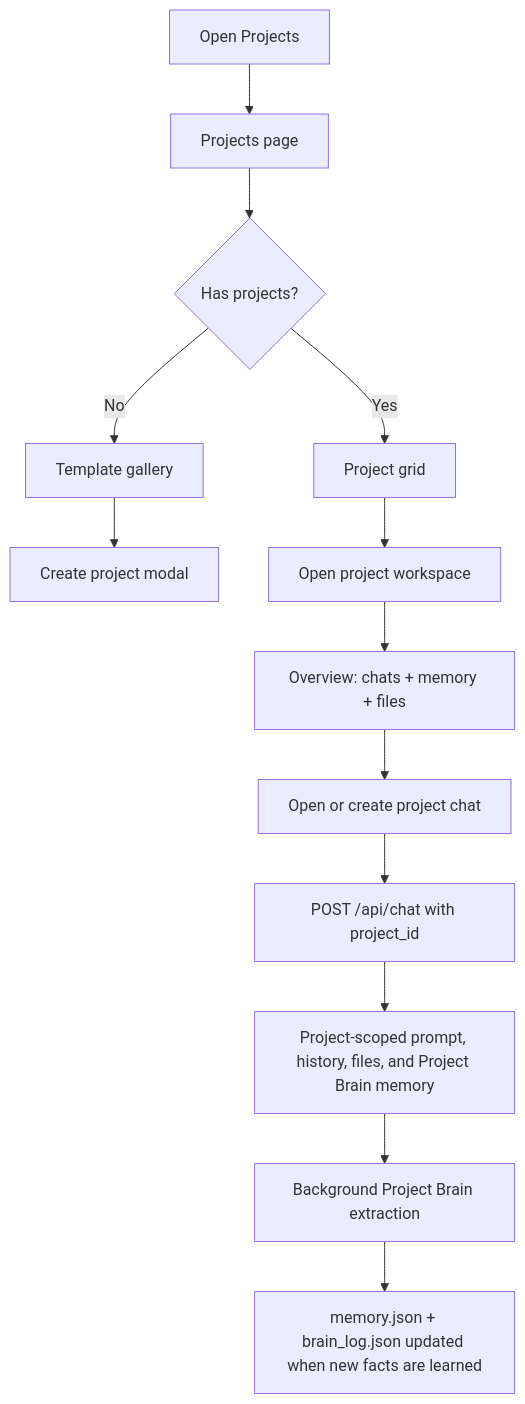
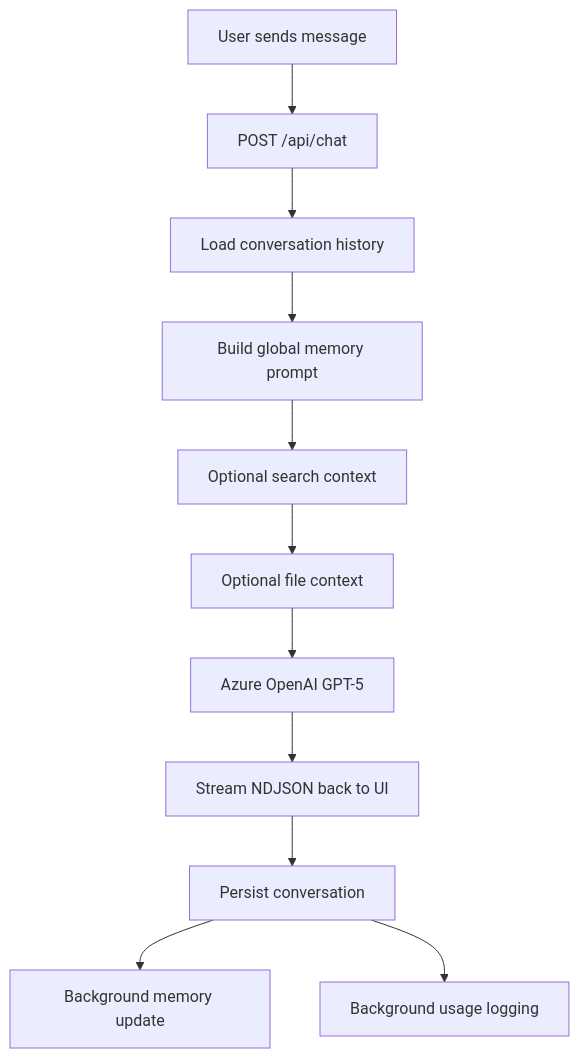
The first of 4 diagrams in NeuralChat/README.md (Hanan899/NeuralChat), drawn with Mermaid before and after one commit. The commit also changed other lines of this file and 13 other files, not shown here.

````diff
--- a/NeuralChat/README.md
+++ b/NeuralChat/README.md
@@ -253,15 +272,13 @@
 ```mermaid
 flowchart TD
-  A["Open Projects"] --> B["Projects page"]
-  B --> C{"Has projects?"}
-  C -- "No" --> D["Template gallery"]
-  C -- "Yes" --> E["Project grid"]
-  D --> F["Create project modal"]
-  E --> G["Open project workspace"]
-  G --> H["Overview: chats + memory + files"]
-  H --> I["Open or create project chat"]
-  I --> J["POST /api/chat with project_id"]
-  J --> K["Project-scoped prompt, history, files, and Project Brain memory"]
-  K --> L["Background Project Brain extraction"]
-  L --> M["memory.json + brain_log.json updated when new facts are learned"]
+  A["User sends message"] --> B["POST /api/chat"]
+  B --> C["Load conversation history"]
+  C --> D["Build global memory prompt"]
+  D --> E["Optional search context"]
+  E --> F["Optional file context"]
+  F --> G["Azure OpenAI GPT-5"]
+  G --> H["Stream NDJSON back to UI"]
+  H --> I["Persist conversation"]
+  I --> J["Background memory update"]
+  I --> K["Background usage logging"]
 ```
````
